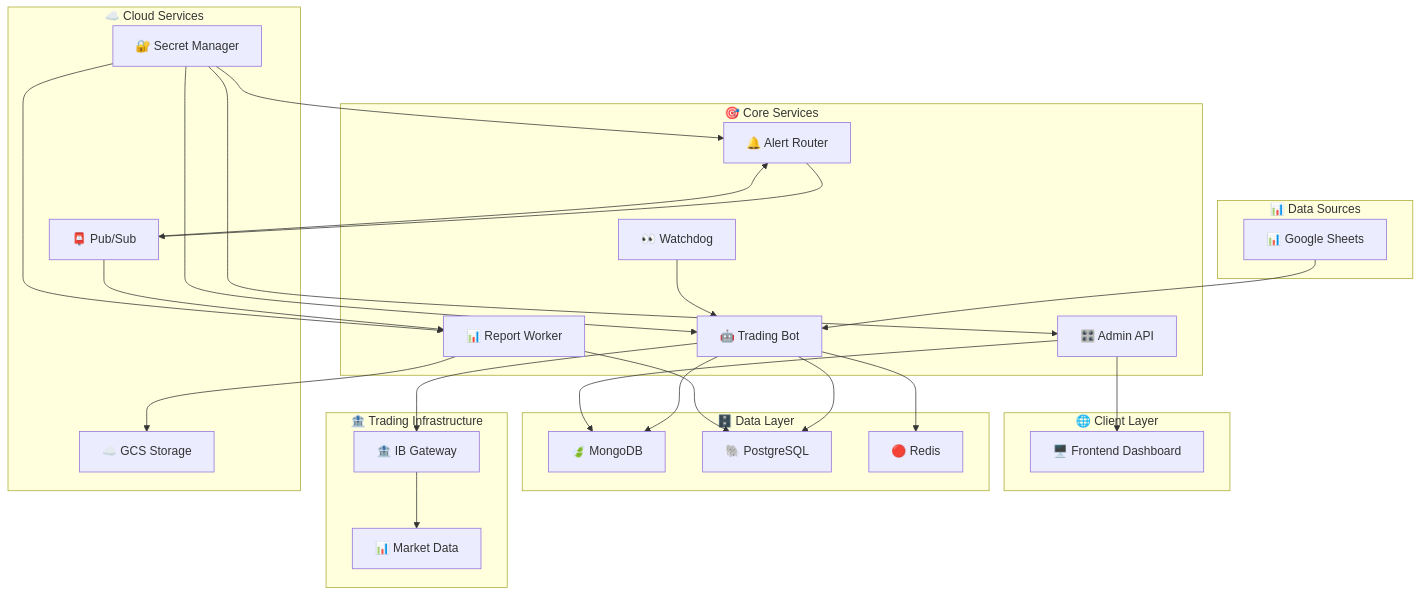
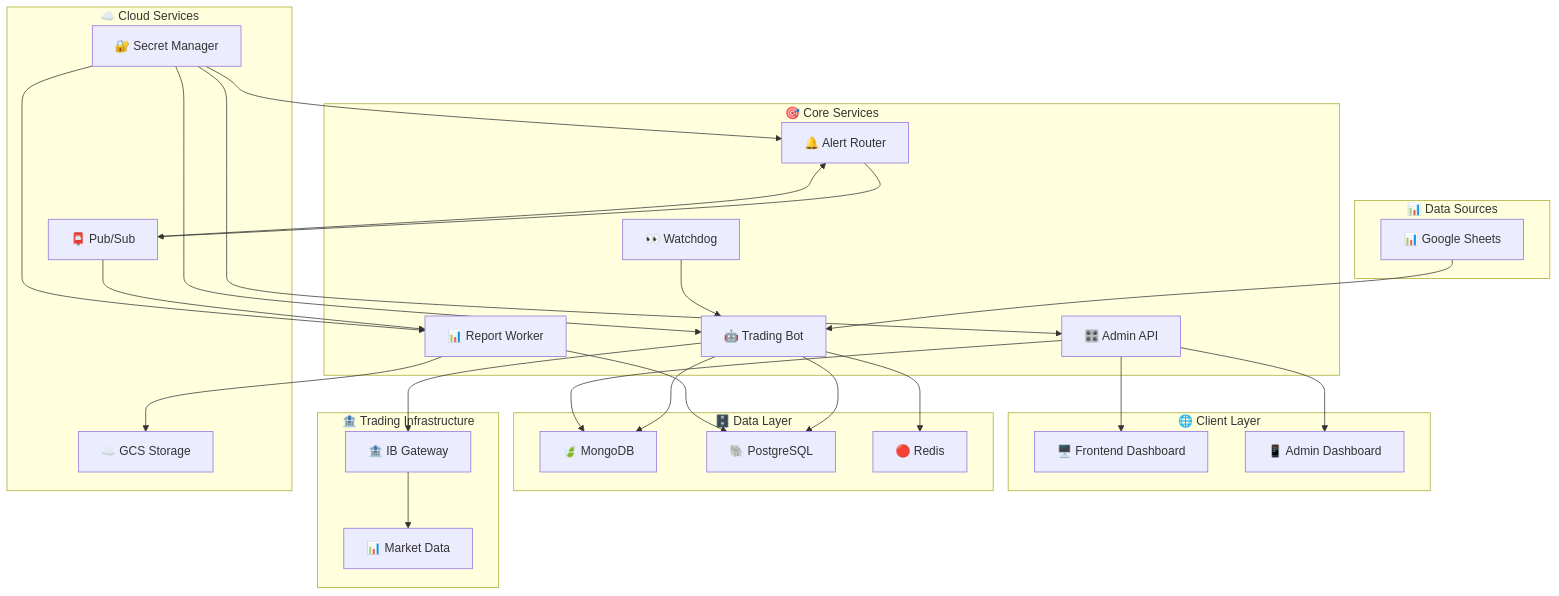
The first of 4 diagrams in docs/01-system-architecture.md (AIgen-Solutions-s-r-l/SpreadPilot), drawn with Mermaid before and after one commit. The commit also changed other lines of this file and 6 other files, not shown here.

First line of the commit message:
docs: add deployment configuration for admin dashboard

````diff
--- a/docs/01-system-architecture.md
+++ b/docs/01-system-architecture.md
@@ -21,54 +21,56 @@
 ```mermaid
 graph TB
     subgraph "📊 Data Sources"
         A[📊 Google Sheets]
     end
     
     subgraph "🎯 Core Services"
         B[🤖 Trading Bot]
         C[🎛️ Admin API]
         D[📊 Report Worker]
         E[🔔 Alert Router]
         F[👀 Watchdog]
     end
     
     subgraph "🌐 Client Layer"
         G[🖥️ Frontend Dashboard]
+        G2[📱 Admin Dashboard]
     end
     
     subgraph "🗄️ Data Layer"
         H[🍃 MongoDB]
         I[🐘 PostgreSQL]
         J[🔴 Redis]
     end
     
     subgraph "🏦 Trading Infrastructure"
         K[🏦 IB Gateway]
         L[📊 Market Data]
     end
     
     subgraph "☁️ Cloud Services"
         M[☁️ GCS Storage]
         N[📮 Pub/Sub]
         O[🔐 Secret Manager]
     end
     
     A --> B
     B --> K
     B --> H
     B --> I
     B --> J
     C --> H
     C --> G
+    C --> G2
     D --> I
     D --> M
     E --> N
     F --> B
     K --> L
     N --> D
     N --> E
     O --> B
     O --> C
     O --> D
     O --> E
 ```
````
